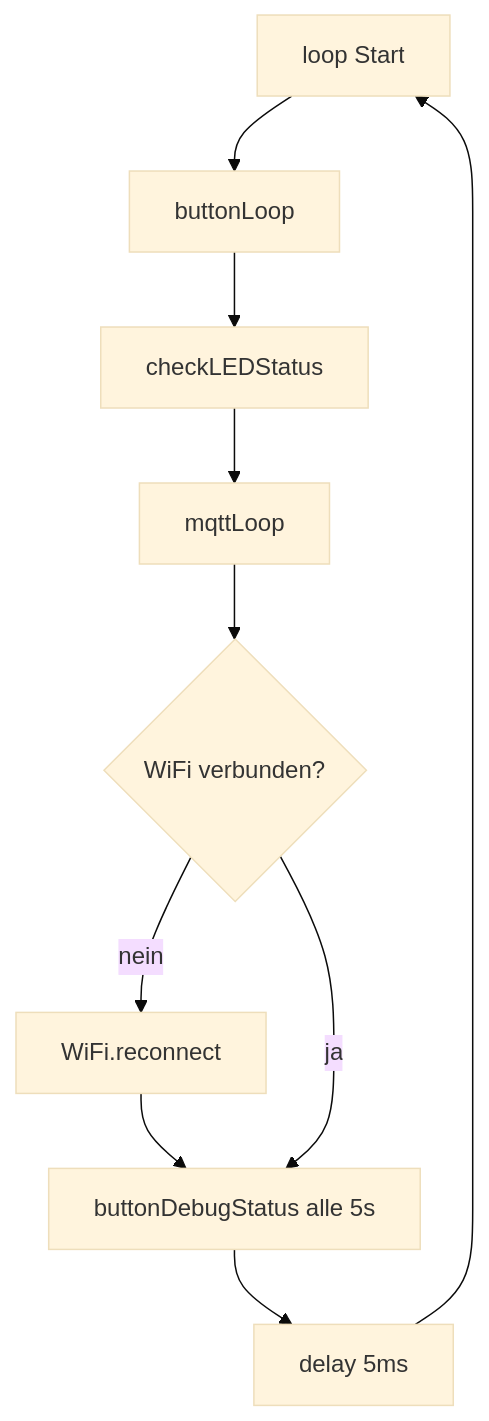
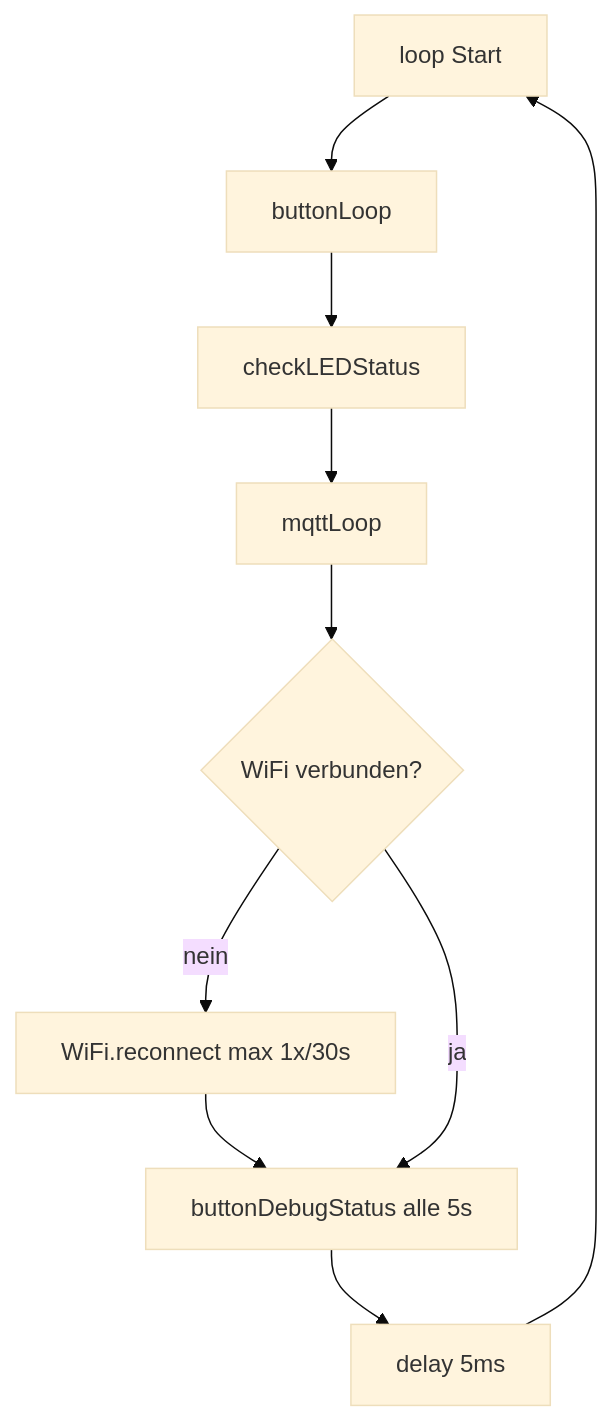
The fourth of 4 diagrams in docs/ARCHITECTURE.md (EyJunge1/chaya2mqtt), drawn with Mermaid (base theme) before and after one commit. The commit also changed other lines of this file and 11 other files, not shown here.

Commit message:
Refactor button handling to implement a non-blocking LED sequence during MQTT message sending, update WiFi reconnection logic to limit attempts, and enhance display drawing logic with a redraw request mechanism. Update configuration to manage heart counter state in NVS.

````diff
--- a/docs/ARCHITECTURE.md
+++ b/docs/ARCHITECTURE.md
@@ -97,17 +97,17 @@
 ```mermaid
 flowchart TD
     start[loop Start]
     btn[buttonLoop]
     led[checkLEDStatus]
     mq[mqttLoop]
     wifi{WiFi verbunden?}
-    recon[WiFi.reconnect]
+    recon[WiFi.reconnect max 1x/30s]
     dbg[buttonDebugStatus alle 5s]
     wait[delay 5ms]
 
     start --> btn --> led --> mq
     mq --> wifi
     wifi -->|nein| recon --> dbg
     wifi -->|ja| dbg
     dbg --> wait --> start
 ```
````
